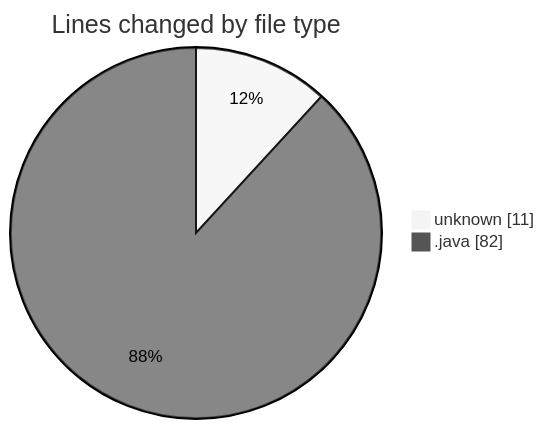
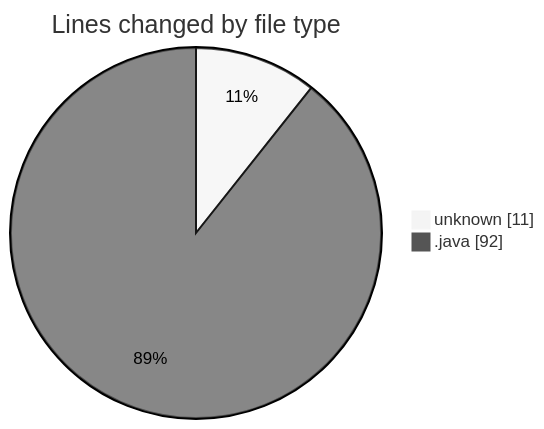
Before and after one commit to hasnaa123/code-tracking: the first of 2 diagrams in 2026-04-12/chatserver/README.md, drawn with Mermaid (neutral theme). The commit also changed other lines of this file and 1 other file, not shown here.

````diff
--- a/2026-04-12/chatserver/README.md
+++ b/2026-04-12/chatserver/README.md
@@ -23,6 +23,6 @@
 ```mermaid
 pie showData
 title Lines changed by file type
 "unknown" : 11
-".java" : 82
+".java" : 92
 ```
````
